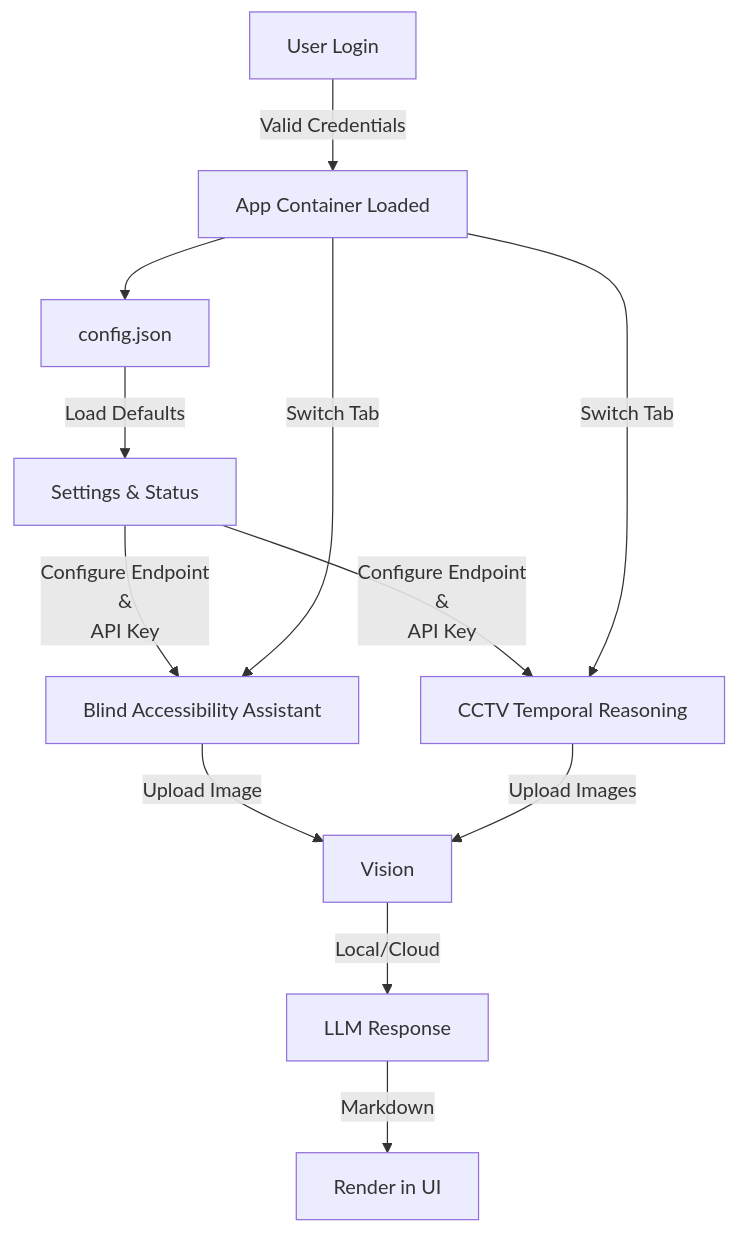
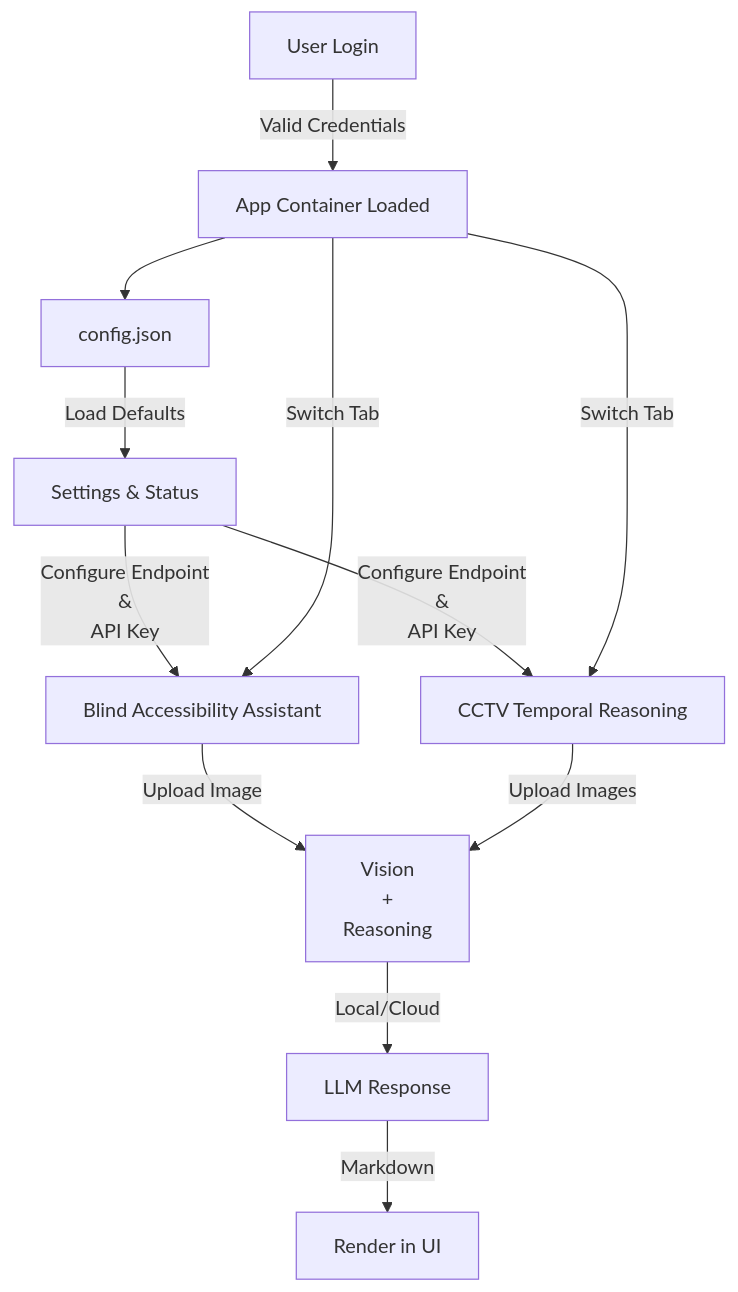
Before and after one commit to nvatvani/mistral-hackathon-2026-virtualeye: the second of 2 diagrams in README.md, drawn with Mermaid. The commit also changed other lines of this file, not shown here.

Commit message:
Tweaked MermaidChart

````diff
--- a/README.md
+++ b/README.md
@@ -58,18 +58,20 @@
 ```mermaid
 flowchart TD
     User[User Login] -->|Valid Credentials| App[App Container Loaded]
     App -->| | Config[config.json]
     Settings[Settings & Status] -->|Configure Endpoint
     &
     API Key| Blind
     Settings -->|Configure Endpoint
     &
     API Key| CCTV
     Config -->|Load Defaults| Settings
-    Vision -->|Local/Cloud| Response[LLM Response]
+    VisionReasoning[Vision
+    +
+    Reasoning] -->|Local/Cloud| Response[LLM Response]
     Response -->|Markdown| Render[Render in UI]
     App -->|Switch Tab| Blind[Blind Accessibility Assistant]
-    Blind -->|Upload Image| Vision
+    Blind -->|Upload Image| VisionReasoning
     App -->|Switch Tab| CCTV[CCTV Temporal Reasoning]
-    CCTV -->|Upload Images| Vision
+    CCTV -->|Upload Images| VisionReasoning
 ```
````
